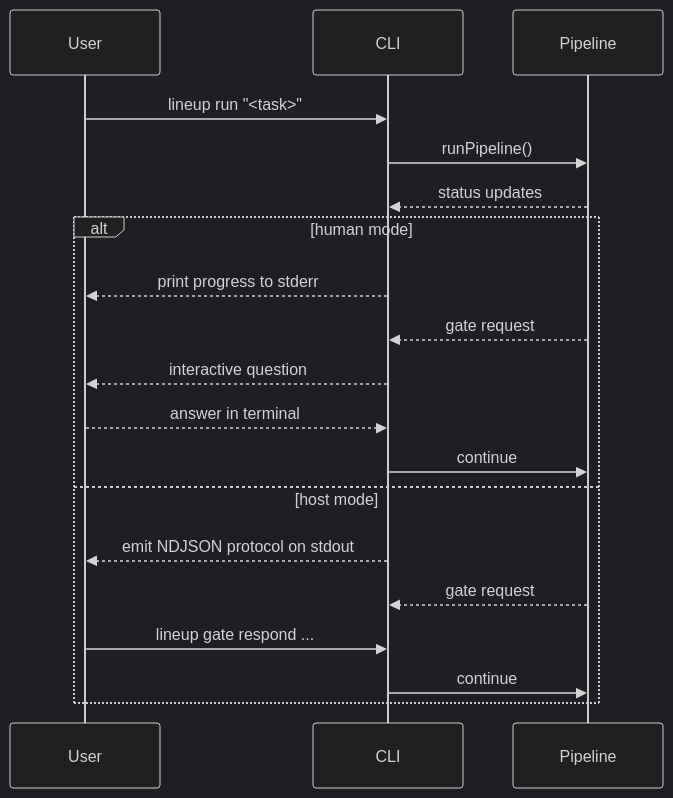
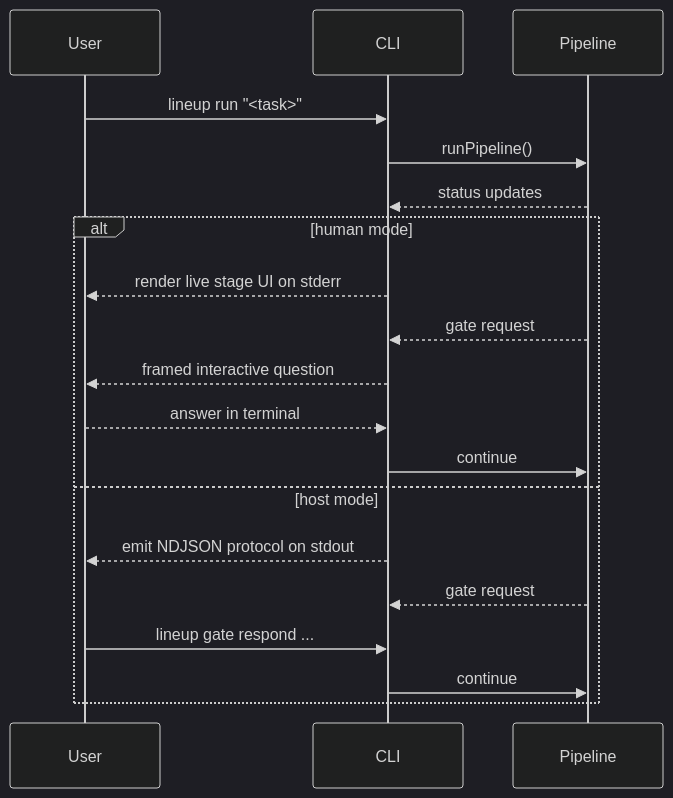
The fourth of 5 diagrams in docs/cli-overview.md (izantech/lineup), drawn with Mermaid (dark theme) before and after one commit. The commit also changed other lines of this file and 23 other files, not shown here.

````diff
--- a/docs/cli-overview.md
+++ b/docs/cli-overview.md
@@ -124,23 +131,23 @@
 ```mermaid
 sequenceDiagram
   participant U as User
   participant C as CLI
   participant P as Pipeline
 
   U->>C: lineup run "<task>"
   C->>P: runPipeline()
   P-->>C: status updates
 
   alt human mode
-    C-->>U: print progress to stderr
+    C-->>U: render live stage UI on stderr
     P-->>C: gate request
-    C-->>U: interactive question
+    C-->>U: framed interactive question
     U-->>C: answer in terminal
     C->>P: continue
   else host mode
     C-->>U: emit NDJSON protocol on stdout
     P-->>C: gate request
     U->>C: lineup gate respond ...
     C->>P: continue
   end
 ```
````
